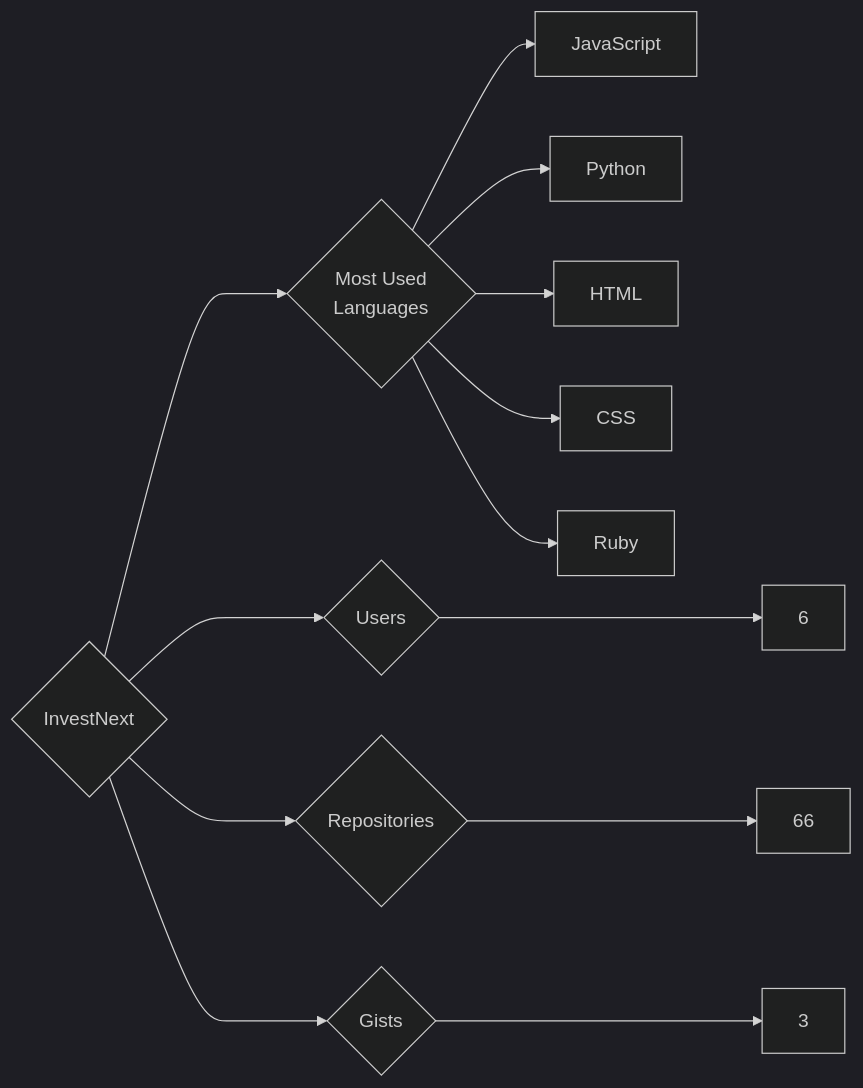
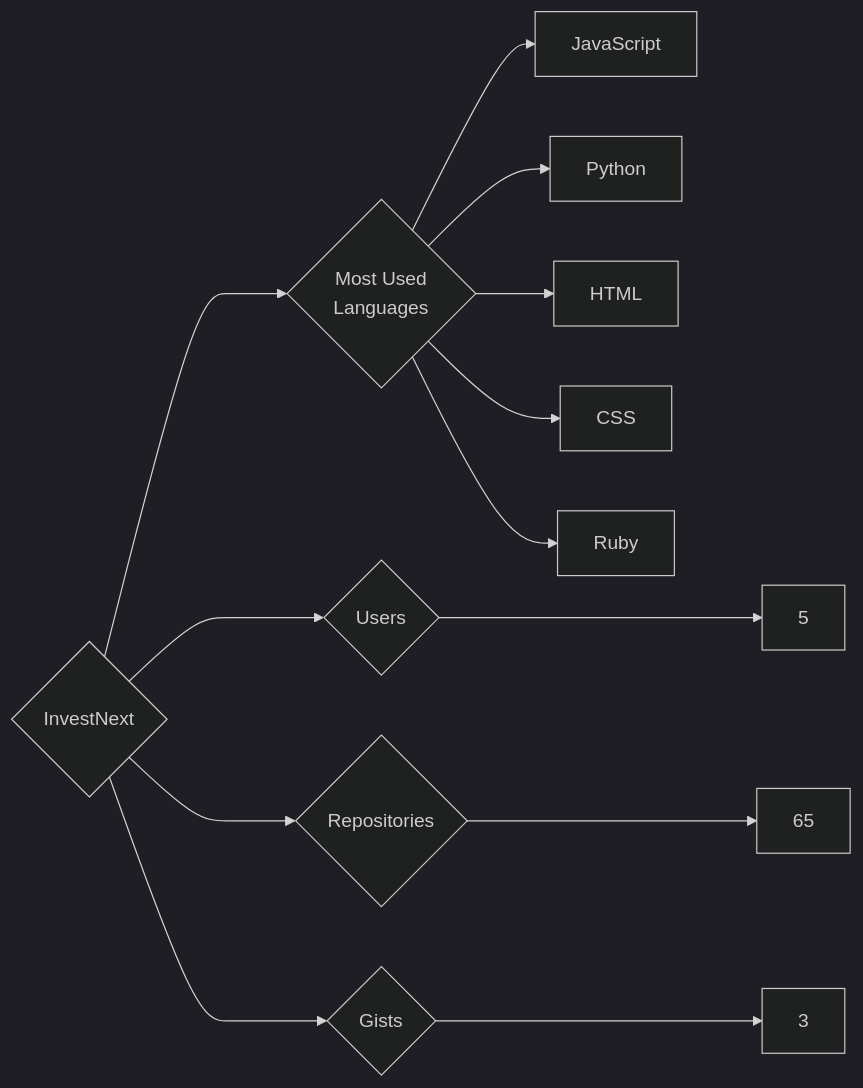
Before and after one commit to trickest/insiders: the diagram in targets/InvestNext/README.md, drawn with Mermaid (dark theme). The commit also changed 873 other files, not shown here.

````diff
--- a/targets/InvestNext/README.md
+++ b/targets/InvestNext/README.md
@@ -3,13 +3,13 @@
 ```mermaid
 graph LR
 COMPANY_NAME{InvestNext}
-COMPANY_NAME ---> U{Users} ---> UN[6]
-COMPANY_NAME ---> R{Repositories} ---> RN[66]
+COMPANY_NAME ---> U{Users} ---> UN[5]
+COMPANY_NAME ---> R{Repositories} ---> RN[65]
 COMPANY_NAME ---> G{Gists} ---> GN[3]
 COMPANY_NAME ---> ML{Most Used<br>Languages}
 ML --> JavaScript[JavaScript]
 ML --> Python[Python]
 ML --> HTML[HTML]
 ML --> CSS[CSS]
 ML --> Ruby[Ruby]
 ```
````
